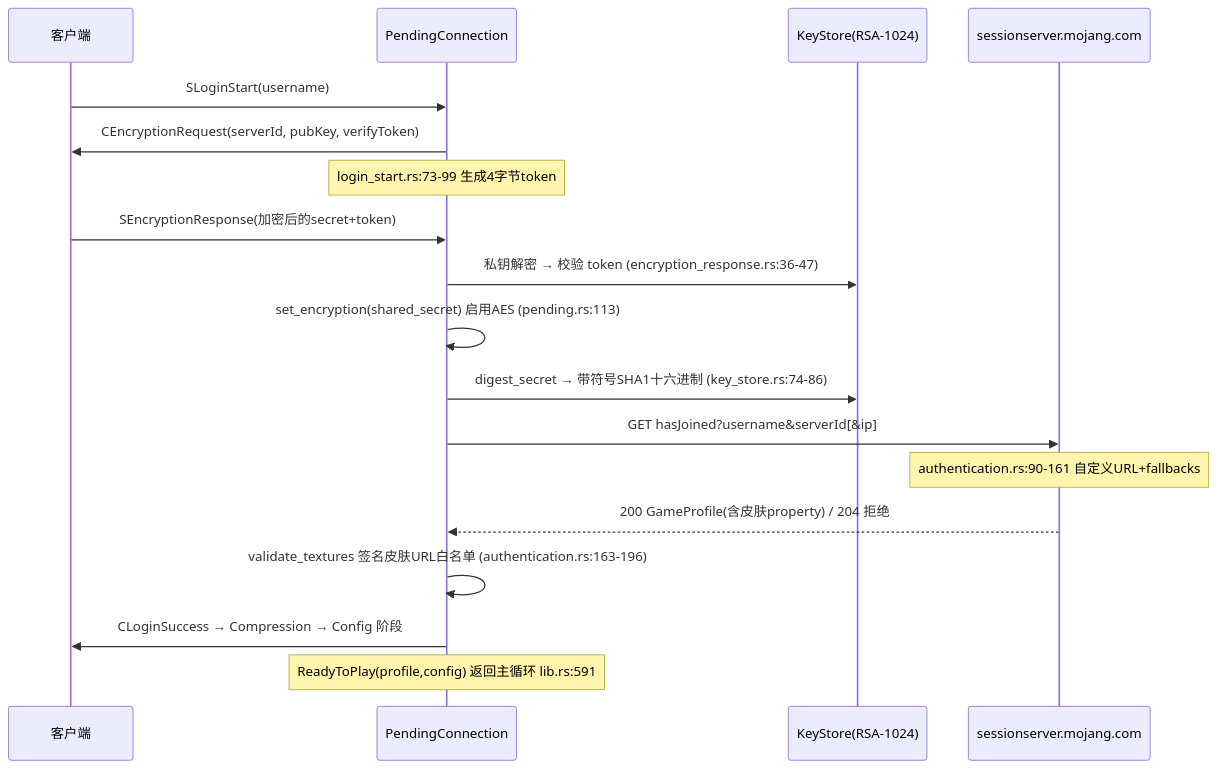
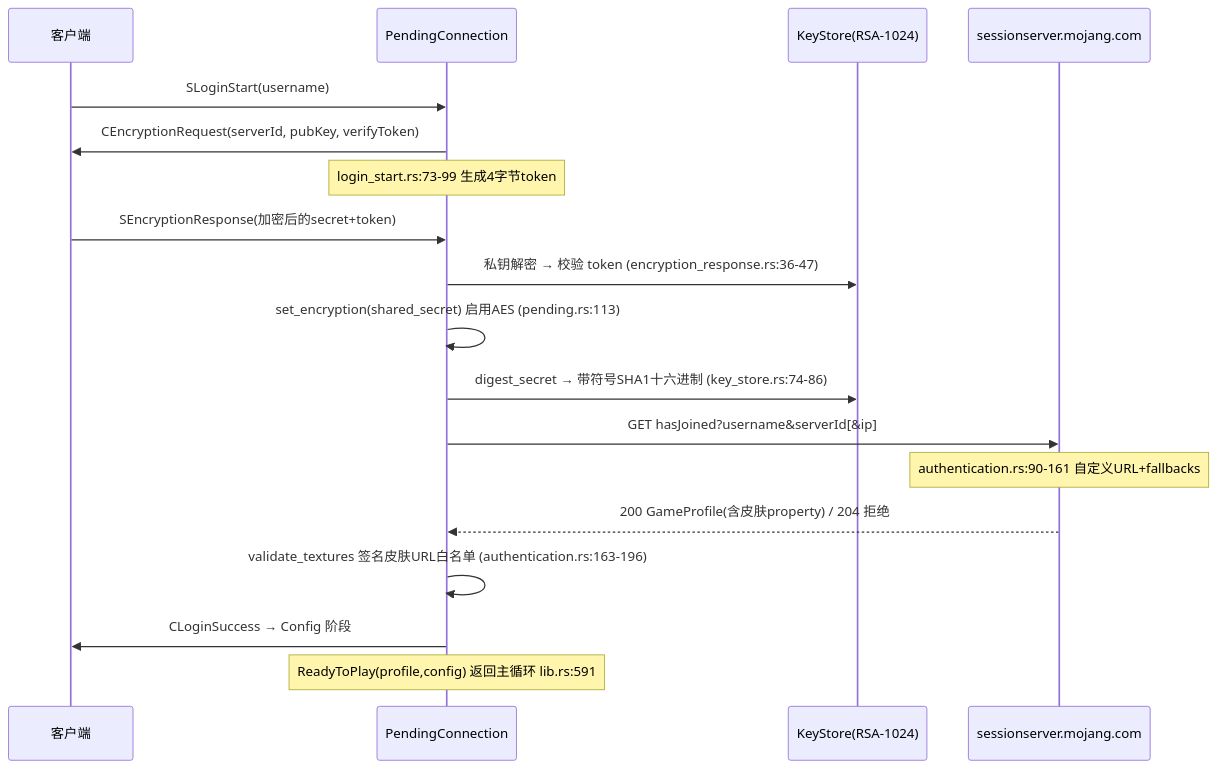
One commit to Quotidietium/Papokin changed the fourth of 6 diagrams in note/05-数据流.md. Above: the diagram before and after it, drawn with Mermaid. The commit also changed other lines of this file and 1 other file, not shown here.

````diff
--- a/note/05-数据流.md
+++ b/note/05-数据流.md
@@ -125,20 +125,20 @@
 ```mermaid
 sequenceDiagram
     participant C as 客户端
     participant S as PendingConnection
     participant K as KeyStore(RSA-1024)
     participant M as sessionserver.mojang.com
     C->>S: SLoginStart(username)
     S->>C: CEncryptionRequest(serverId, pubKey, verifyToken)
     Note over S: login_start.rs:73-99 生成4字节token
     C->>S: SEncryptionResponse(加密后的secret+token)
     S->>K: 私钥解密 → 校验 token (encryption_response.rs:36-47)
     S->>S: set_encryption(shared_secret) 启用AES (pending.rs:113)
     S->>K: digest_secret → 带符号SHA1十六进制 (key_store.rs:74-86)
     S->>M: GET hasJoined?username&serverId[&ip]
     Note over M: authentication.rs:90-161 自定义URL+fallbacks
     M-->>S: 200 GameProfile(含皮肤property) / 204 拒绝
     S->>S: validate_textures 签名皮肤URL白名单 (authentication.rs:163-196)
-    S->>C: CLoginSuccess → Compression → Config 阶段
+    S->>C: CLoginSuccess → Config 阶段
     Note over S: ReadyToPlay(profile,config) 返回主循环 lib.rs:591
 ```
````
